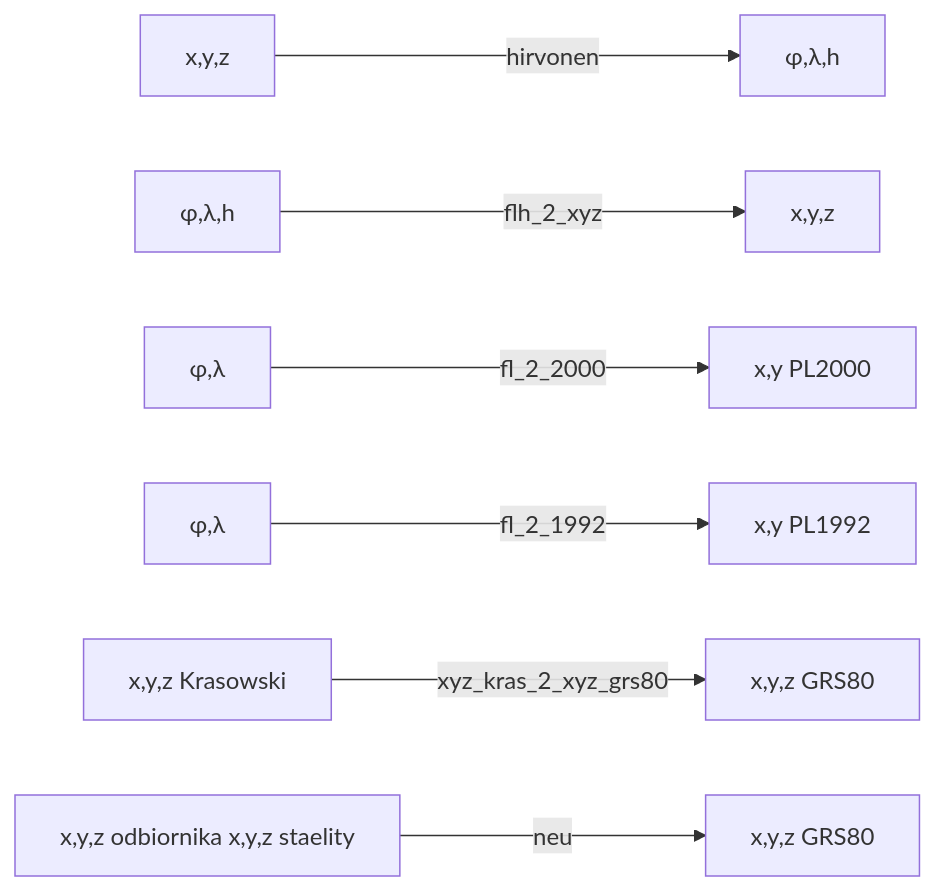
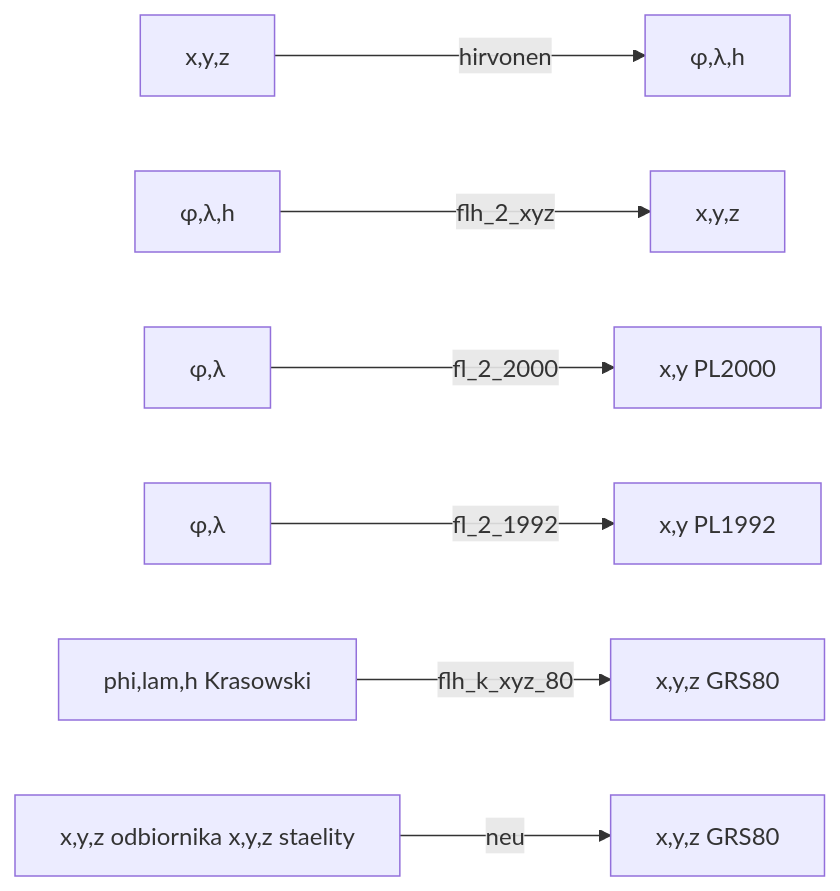
One commit to Votum1103/ProjektTransformacje changed the diagram in README.md. Above: the diagram before and after it, drawn with Mermaid. The commit also changed other lines of this file, not shown here.

````diff
--- a/README.md
+++ b/README.md
@@ -6,9 +10,9 @@
 ```mermaid
 graph LR
 A[x,y,z] -->|hirvonen| B[φ,λ,h]
 C[φ,λ,h] -->|flh_2_xyz| D[x,y,z]
 E[φ,λ] -->|fl_2_2000| F[x,y PL2000]
 G[φ,λ] -->|fl_2_1992| H[x,y PL1992]
-I[x,y,z Krasowski] -->|xyz_kras_2_xyz_grs80| J[x,y,z GRS80]
+I[phi,lam,h Krasowski] -->|flh_k_xyz_80| J[x,y,z GRS80]
 K[x,y,z odbiornika x,y,z staelity] -->|neu| L[x,y,z GRS80]
 ```
````
